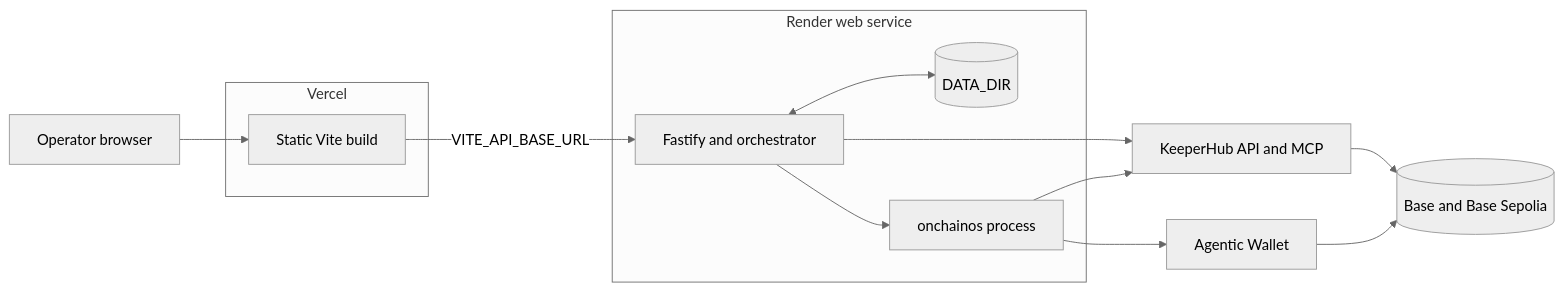
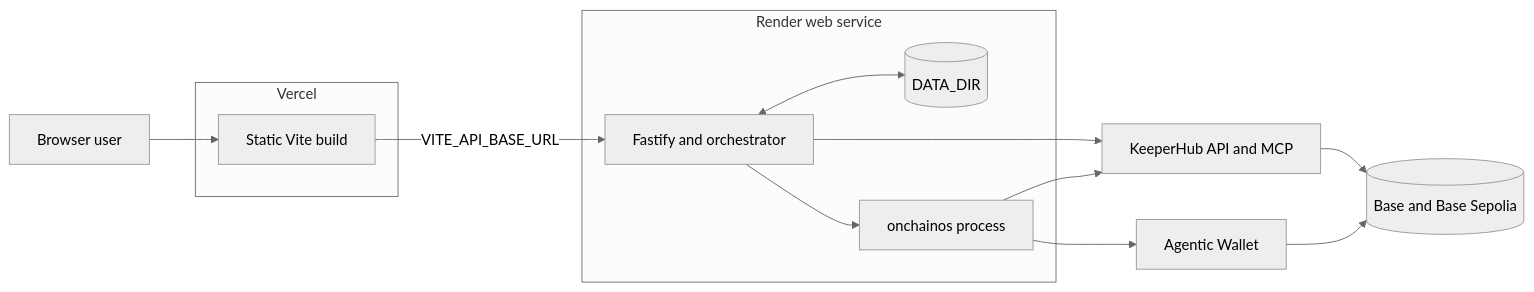
Before and after one commit to karagozemin/ReSource: the tenth of 10 diagrams in docs/ARCHITECTURE.md, drawn with Mermaid (neutral theme). The commit also changed other lines of this file and 1 other file, not shown here.

````diff
--- a/docs/ARCHITECTURE.md
+++ b/docs/ARCHITECTURE.md
@@ -562,28 +565,28 @@
 ```mermaid
 flowchart LR
-    User[Operator browser]
+    User[Browser user]
 
     subgraph Vercel[Vercel]
         Web[Static Vite build]
     end
 
     subgraph Render[Render web service]
         API[Fastify and orchestrator]
         Disk[(DATA_DIR)]
         CLI[onchainos process]
         API <--> Disk
         API --> CLI
     end
 
     KH[KeeperHub API and MCP]
     Wallet[Agentic Wallet]
     Base[(Base and Base Sepolia)]
 
     User --> Web
     Web -->|VITE_API_BASE_URL| API
     API --> KH
     CLI --> KH
     CLI --> Wallet
     KH --> Base
     Wallet --> Base
 ```
````
